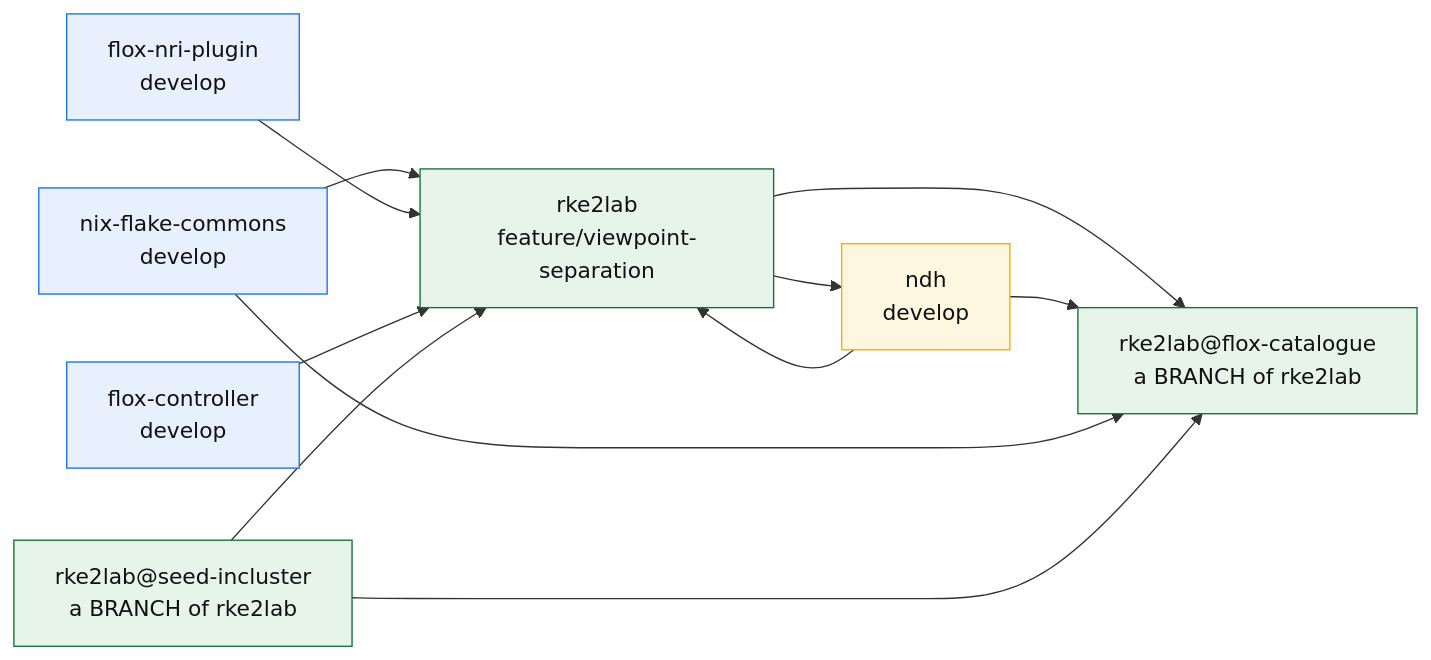
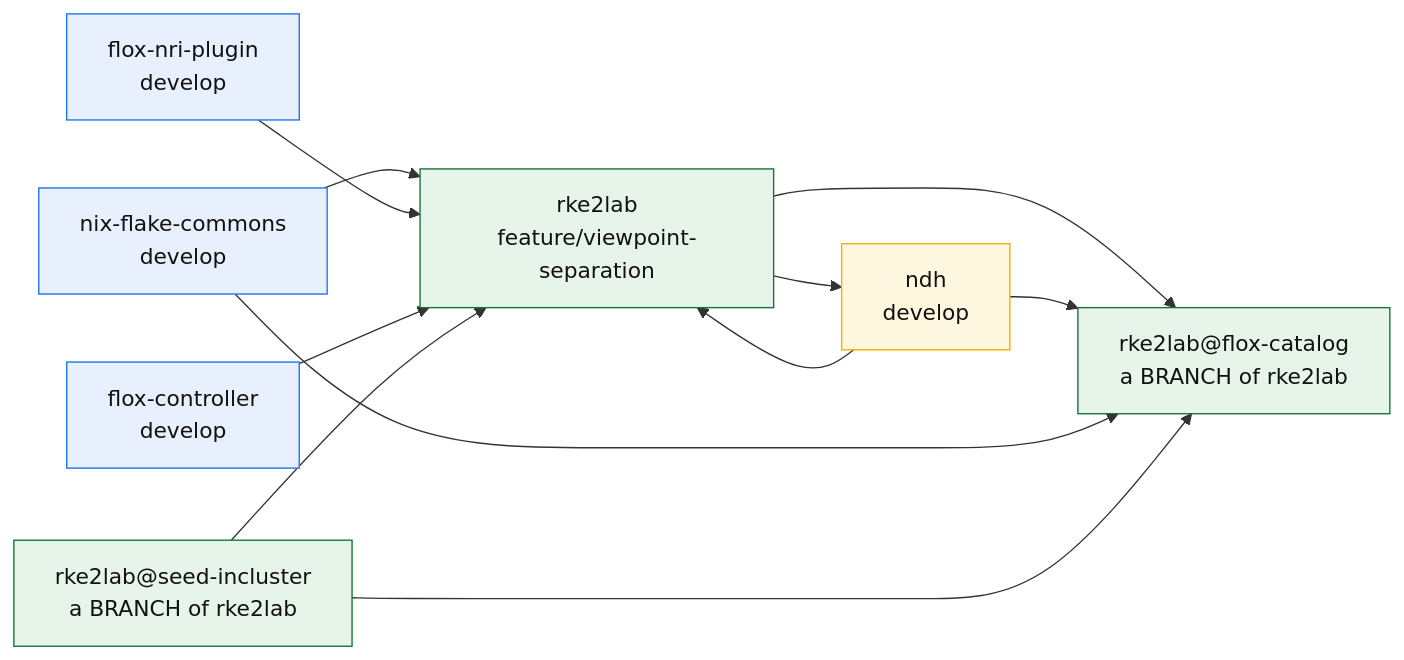
Before and after one commit to seedmatic/rke2lab: the diagram in docs/architecture/patterns/flake-lock-propagation.adoc, drawn with Mermaid. The commit also changed other lines of this file and 21 other files, not shown here.

```diff
--- a/docs/architecture/patterns/flake-lock-propagation.adoc
+++ b/docs/architecture/patterns/flake-lock-propagation.adoc
@@ -23,29 +23,29 @@
 [mermaid,flake-lock-graph,svg]
 ----
 flowchart LR
   FC["nix-flake-commons<br/>develop"]
   NRI["flox-nri-plugin<br/>develop"]
   CTRL["flox-controller<br/>develop"]
   SIC["rke2lab@seed-incluster<br/>a BRANCH of rke2lab"]
   RKE["rke2lab<br/>feature/viewpoint-separation"]
   NDH["ndh<br/>develop"]
-  CAT["rke2lab@flox-catalogue<br/>a BRANCH of rke2lab"]
+  CAT["rke2lab@flox-catalog<br/>a BRANCH of rke2lab"]
 
   FC --> RKE
   NRI --> RKE
   CTRL --> RKE
   SIC --> RKE
   NDH --> RKE
   RKE --> NDH
   RKE --> CAT
   NDH --> CAT
   FC --> CAT
   SIC --> CAT
 
   classDef own fill:#e6f4ea,stroke:#137333,color:#111
   classDef peer fill:#fef7e0,stroke:#f9ab00,color:#111
   classDef up fill:#e8f0fe,stroke:#1a73e8,color:#111
   class RKE,SIC,CAT own
   class NDH peer
   class FC,NRI,CTRL up
 ----
```
